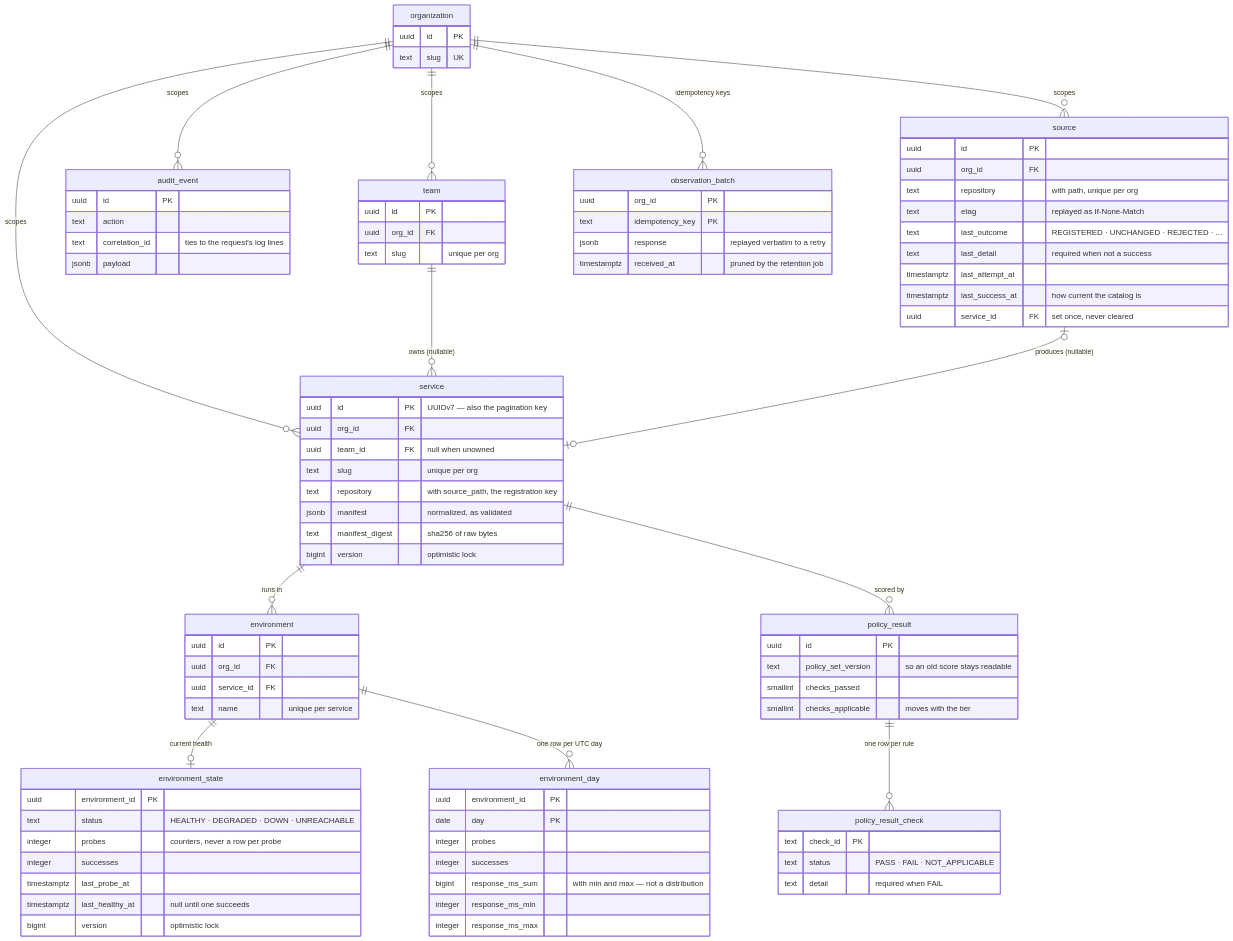
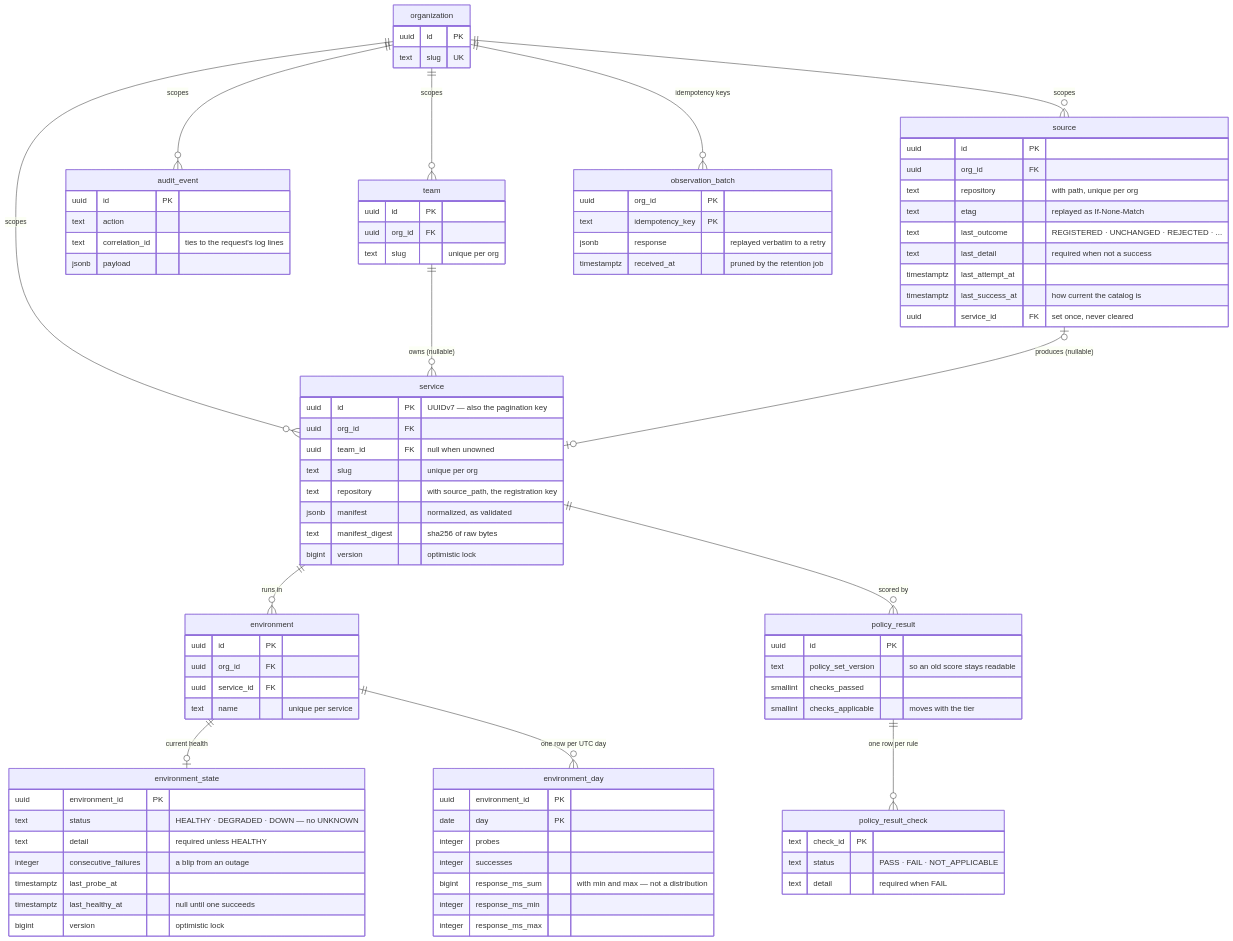
One commit to HoseaCodes/OpsAtlas changed the fourth of 5 diagrams in docs/architecture/slice-one.md. Above: the diagram before and after it, drawn with Mermaid. The commit also changed other lines of this file and 4 other files, not shown here.

```diff
--- a/docs/architecture/slice-one.md
+++ b/docs/architecture/slice-one.md
@@ -206,9 +206,9 @@
     }
     environment_state {
         uuid environment_id PK
-        text status "HEALTHY · DEGRADED · DOWN · UNREACHABLE"
-        integer probes "counters, never a row per probe"
-        integer successes
+        text status "HEALTHY · DEGRADED · DOWN — no UNKNOWN"
+        text detail "required unless HEALTHY"
+        integer consecutive_failures "a blip from an outage"
         timestamptz last_probe_at
         timestamptz last_healthy_at "null until one succeeds"
         bigint version "optimistic lock"
```
